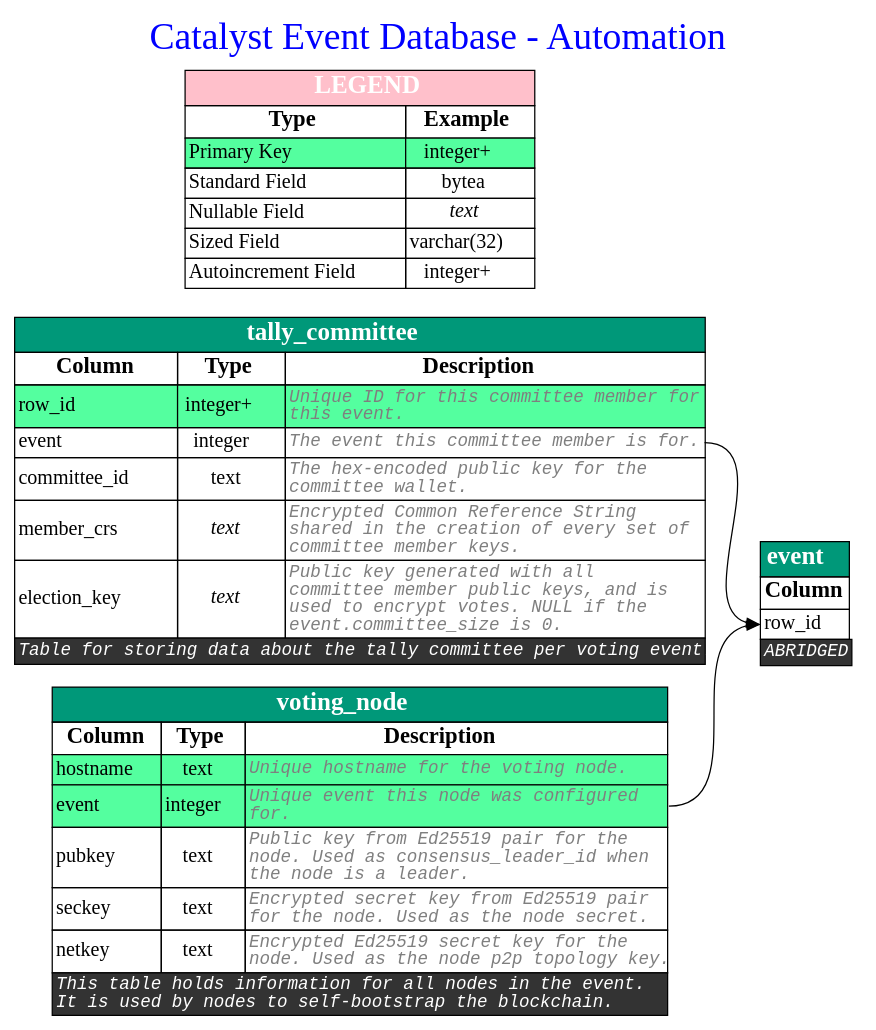
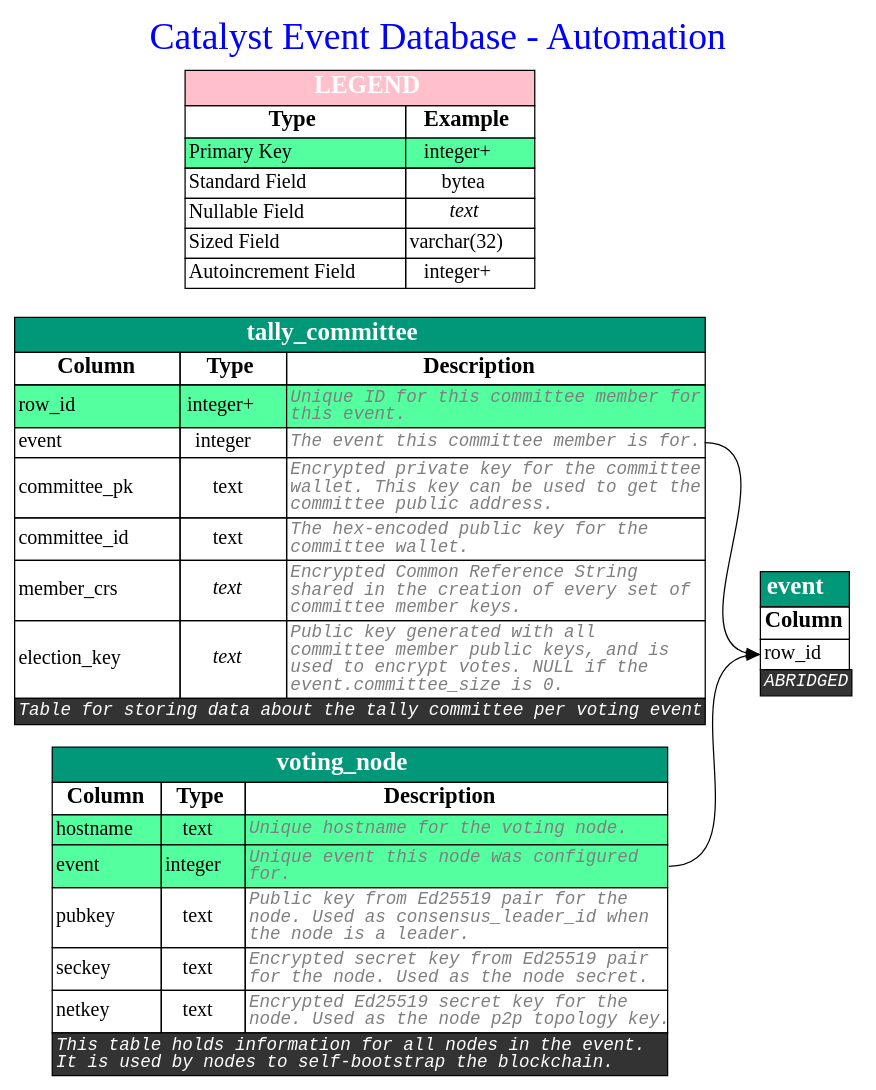
The diagram in main/08_event-db/db-diagrams/event-db-automation.dot (input-output-hk/catalyst-core), drawn with Graphviz before and after one commit. The commit also changed 4697 other files, not shown here.

```diff
--- a/main/08_event-db/db-diagrams/event-db-automation.dot
+++ b/main/08_event-db/db-diagrams/event-db-automation.dot
@@ -44,6 +44,12 @@
                 <td port="event"  align='text'><font>event</font><br align='left'/></td>
                 <td   ><font>integer</font></td>
                 <td port="event_out"  align='text'><font color='grey50' face='Monospace' point-size='14' ><i>The event this committee member is for.</i><br align="left"/></font></td>
+            </tr>
+            
+            <tr>
+                <td port="committee_pk"  align='text'><font>committee_pk</font><br align='left'/></td>
+                <td   ><font>text</font></td>
+                <td port="committee_pk_out"  align='text'><font color='grey50' face='Monospace' point-size='14' ><i>Encrypted private key for the committee<br align='left'/>wallet. This key can be used to get the<br align='left'/>committee public address.</i><br align="left"/></font></td>
             </tr>
             
             <tr>
```
